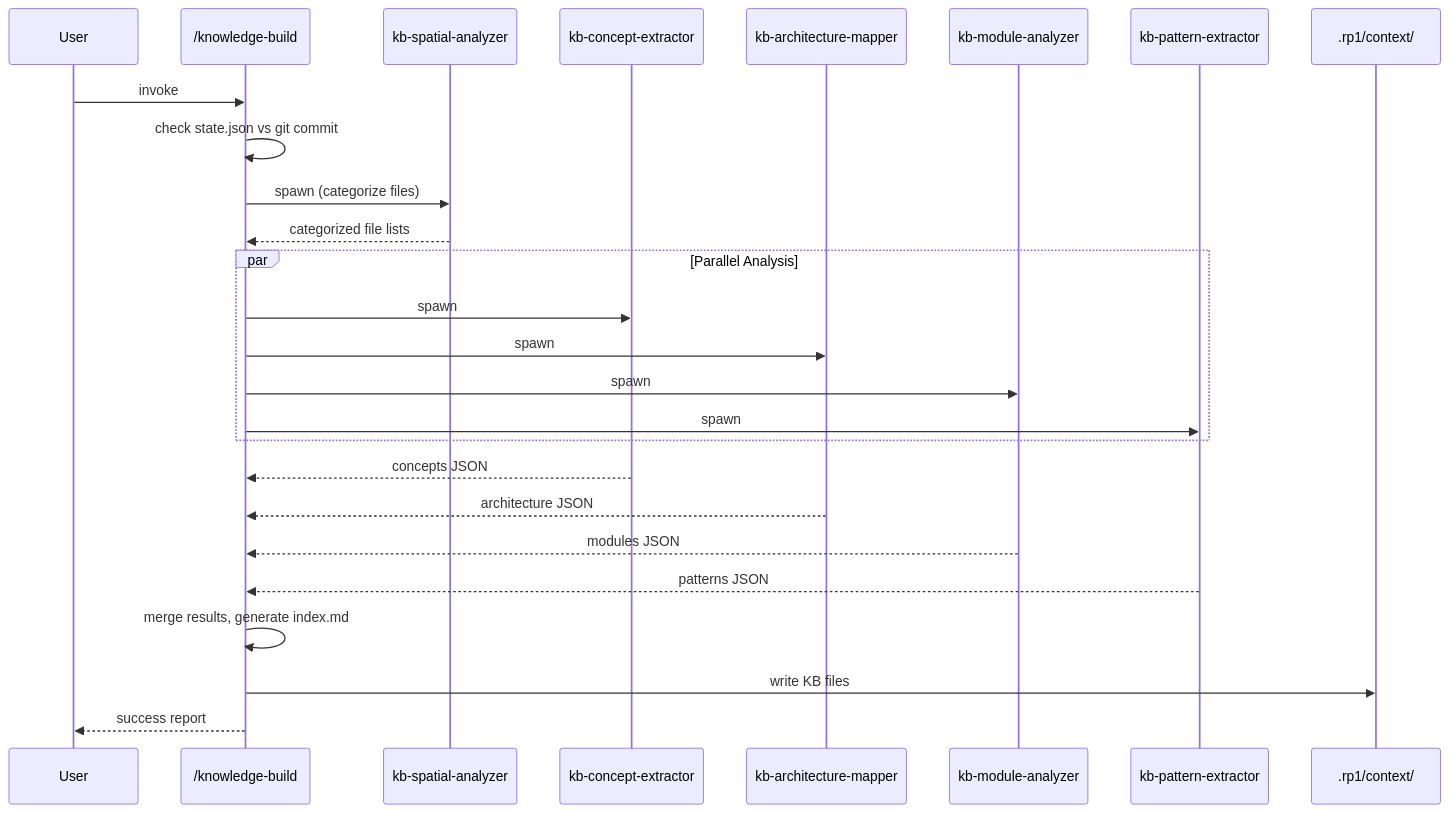
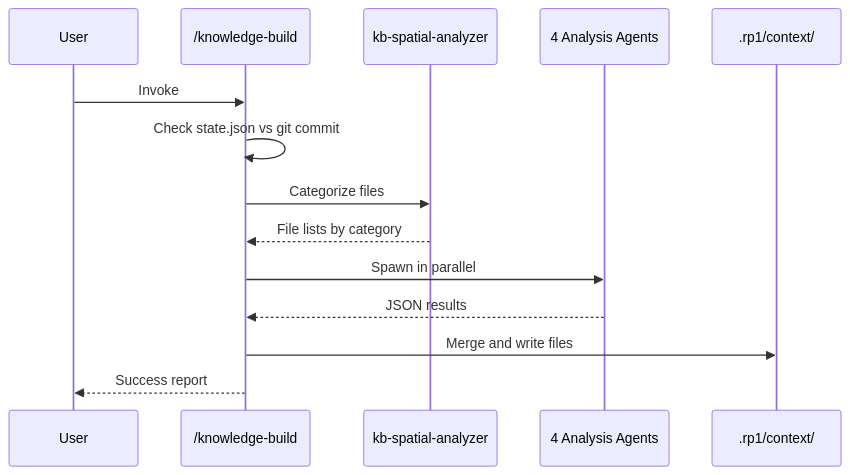
The second of 4 diagrams in .rp1/context/architecture.md (rp1-run/rp1), drawn with Mermaid before and after one commit. The commit also changed other lines of this file and 5 other files, not shown here.

````diff
--- a/.rp1/context/architecture.md
+++ b/.rp1/context/architecture.md
@@ -119,32 +130,17 @@
 ```mermaid
 sequenceDiagram
     participant User
-    participant KBCommand as /knowledge-build
+    participant Command as /knowledge-build
     participant Spatial as kb-spatial-analyzer
-    participant Concept as kb-concept-extractor
-    participant Arch as kb-architecture-mapper
-    participant Module as kb-module-analyzer
-    participant Pattern as kb-pattern-extractor
+    participant Agents as 4 Analysis Agents
     participant KB as .rp1/context/
 
-    User->>KBCommand: invoke
-    KBCommand->>KBCommand: check state.json vs git commit
-    KBCommand->>Spatial: spawn (categorize files)
-    Spatial-->>KBCommand: categorized file lists
-
-    par Parallel Analysis
-        KBCommand->>Concept: spawn
-        KBCommand->>Arch: spawn
-        KBCommand->>Module: spawn
-        KBCommand->>Pattern: spawn
-    end
-
-    Concept-->>KBCommand: concepts JSON
-    Arch-->>KBCommand: architecture JSON
-    Module-->>KBCommand: modules JSON
-    Pattern-->>KBCommand: patterns JSON
-
-    KBCommand->>KBCommand: merge results, generate index.md
-    KBCommand->>KB: write KB files
-    KBCommand-->>User: success report
+    User->>Command: Invoke
+    Command->>Command: Check state.json vs git commit
+    Command->>Spatial: Categorize files
+    Spatial-->>Command: File lists by category
+    Command->>Agents: Spawn in parallel
+    Agents-->>Command: JSON results
+    Command->>KB: Merge and write files
+    Command-->>User: Success report
 ```
````
